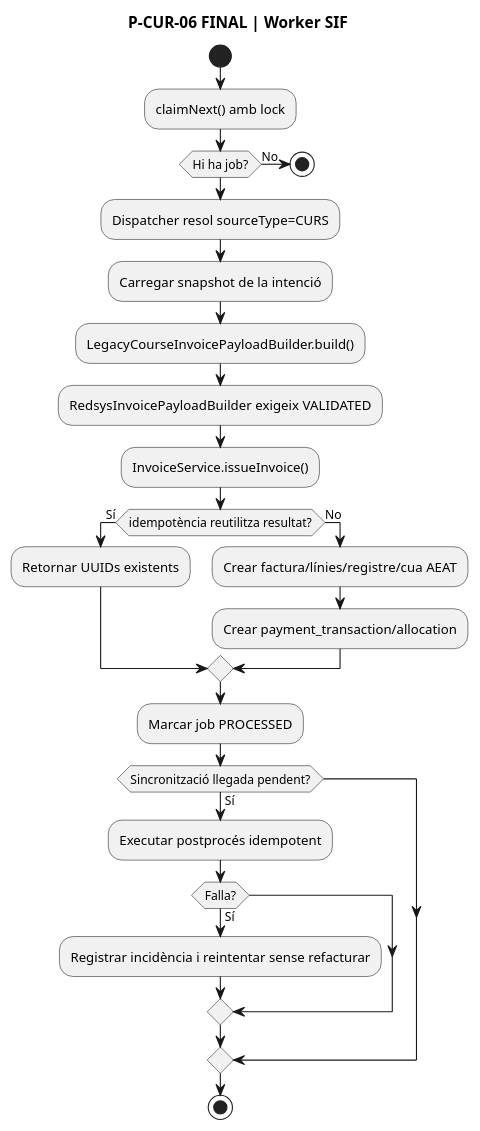
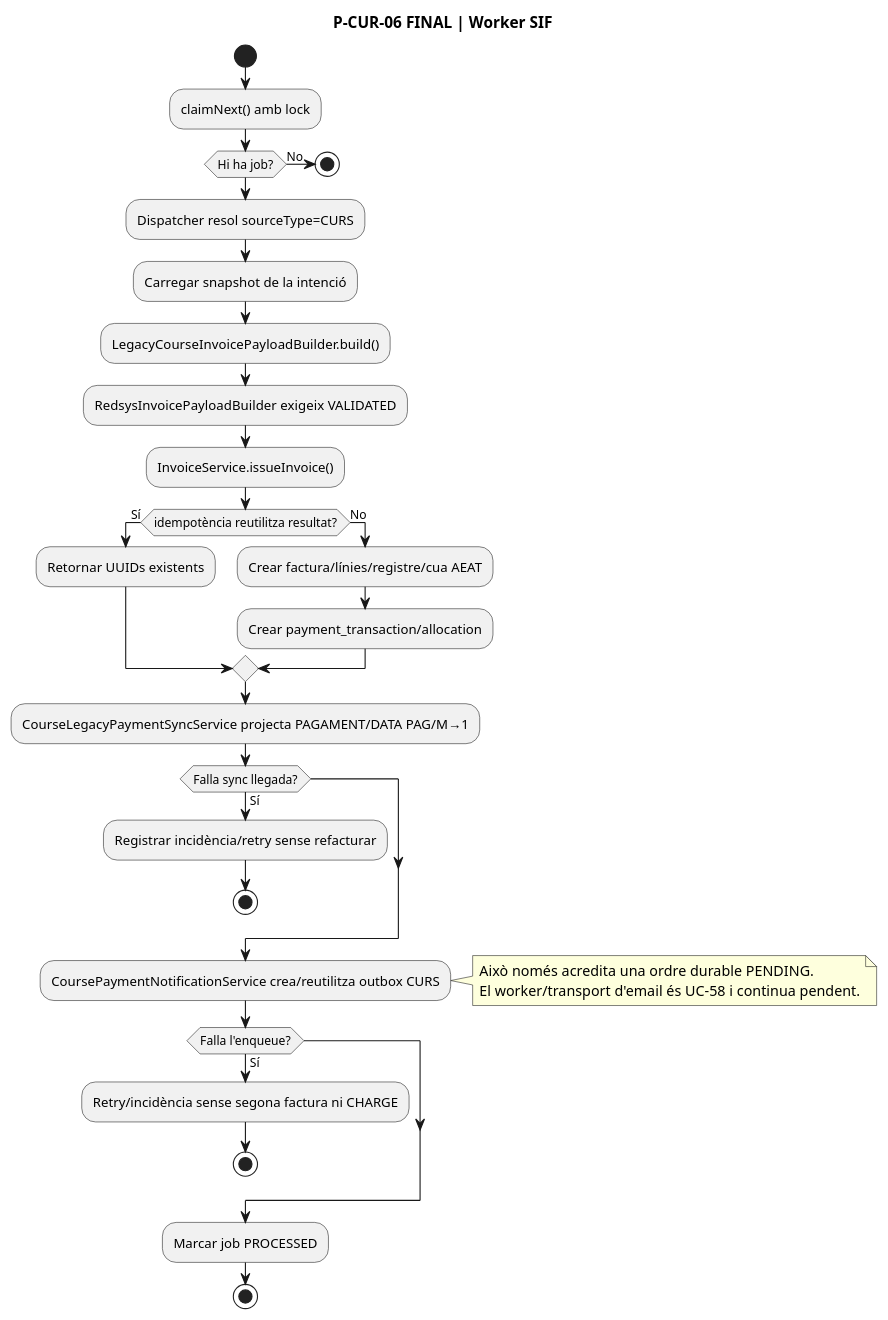
Diagram 11 of 14 in documentacio/07-uml-integrat/uc-014-activitats-pagines-redsys-actual-final.md (orgmeriemprismacat-del/verifactu), drawn with PlantUML before and after one commit. The commit also changed other lines of this file, not shown here.

Commit message:
docs(UC-014): actualitza activitat worker amb outbox post-sync

````diff
--- a/documentacio/07-uml-integrat/uc-014-activitats-pagines-redsys-actual-final.md
+++ b/documentacio/07-uml-integrat/uc-014-activitats-pagines-redsys-actual-final.md
@@ -286,29 +286,37 @@
 ```plantuml
 @startuml
 title P-CUR-06 FINAL | Worker SIF
 start
 :claimNext() amb lock;
 if (Hi ha job?) then (No)
   stop
 endif
 :Dispatcher resol sourceType=CURS;
 :Carregar snapshot de la intenció;
 :LegacyCourseInvoicePayloadBuilder.build();
 :RedsysInvoicePayloadBuilder exigeix VALIDATED;
 :InvoiceService.issueInvoice();
 if (idempotència reutilitza resultat?) then (Sí)
   :Retornar UUIDs existents;
 else (No)
   :Crear factura/línies/registre/cua AEAT;
   :Crear payment_transaction/allocation;
 endif
+:CourseLegacyPaymentSyncService projecta PAGAMENT/DATA PAG/M→1;
+if (Falla sync llegada?) then (Sí)
+  :Registrar incidència/retry sense refacturar;
+  stop
+endif
+:CoursePaymentNotificationService crea/reutilitza outbox CURS;
+note right
+  Això només acredita una ordre durable PENDING.
+  El worker/transport d'email és UC-58 i continua pendent.
+end note
+if (Falla l'enqueue?) then (Sí)
+  :Retry/incidència sense segona factura ni CHARGE;
+  stop
+endif
 :Marcar job PROCESSED;
-if (Sincronització llegada pendent?) then (Sí)
-  :Executar postprocés idempotent;
-  if (Falla?) then (Sí)
-    :Registrar incidència i reintentar sense refacturar;
-  endif
-endif
 stop
 @enduml
 ```
````
